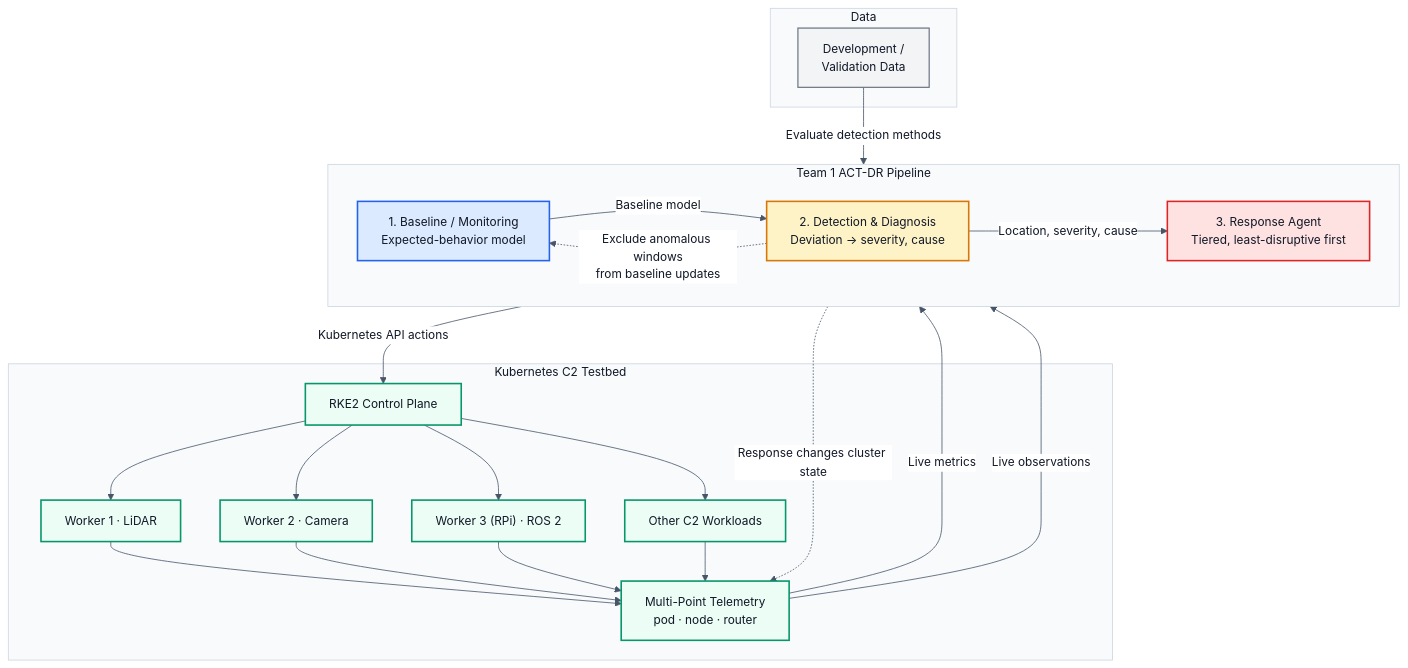
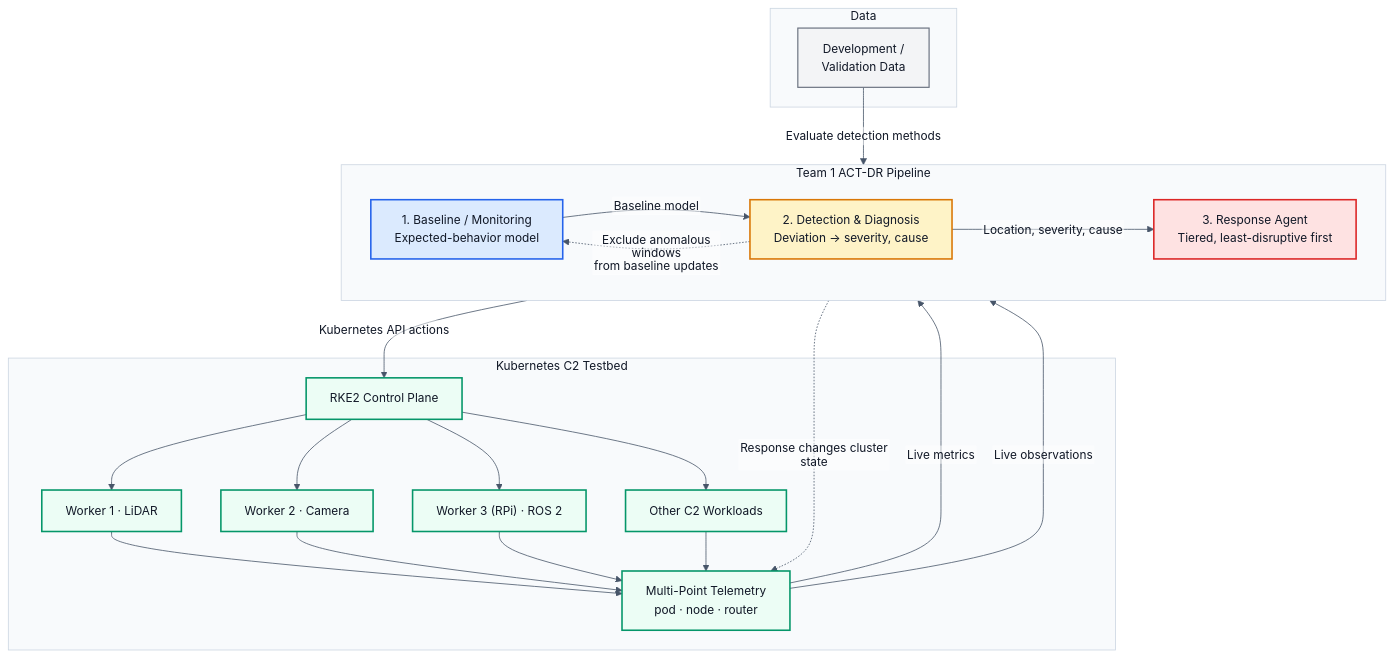
One commit to COStmau/RTCT1 changed the diagram in docs/act-dr-architecture.md. Above: the diagram before and after it, drawn with Mermaid. The commit also changed other lines of this file and 2 other files, not shown here.

Commit message:
docs: fix clipped subgraph titles and restore inline preview
Root cause: fontFamily contained hyphens (-apple-system, ... , sans-serif),
and Mermaid's directive sanitizer only permits [\d "#%(),.;A-Za-z] in
themeVariables values, so the whole stack was stripped and labels fell
back to the SVG default serif. Mermaid then measured the subgraph titles
in serif but viewers painted them in their own sans font, so the wider
text was cut off by the foreignObject box ('Pipeline' losing its final e).

- fontFamily -> 'Helvetica, Arial' (hyphen-free, so it survives the
  sanitizer and actually applies; verified in the generated CSS)
- htmlLabels:false so subgraph titles render as SVG <text>, which has no
  clipping container and cannot cut a glyph in any viewer font
- export: self-close void HTML tags (<br>) and emit a single xmlns, so the
  SVG is well-formed XML for Word/Illustrator instead of only browsers
- restore the inline PNG preview
- figure is now 1505x913 (1.65:1), still landscape; 0/39 labels below
  WCAG AA in either light or dark

````diff
--- a/docs/act-dr-architecture.md
+++ b/docs/act-dr-architecture.md
@@ -1,48 +3,48 @@
 ```mermaid
-%%{init: {"theme": "base", "themeVariables": {"fontFamily": "-apple-system,BlinkMacSystemFont,Segoe UI,Helvetica,Arial,sans-serif", "fontSize": "15px", "primaryTextColor": "#111827", "secondaryTextColor": "#111827", "tertiaryTextColor": "#111827", "lineColor": "#475569", "edgeLabelBackground": "#ffffff", "clusterBkg": "#f8fafc", "clusterBorder": "#cbd5e1"}}}%%
+%%{init: {"theme": "base", "flowchart": {"htmlLabels": false}, "themeVariables": {"fontFamily": "Helvetica, Arial", "fontSize": "15px", "primaryTextColor": "#111827", "secondaryTextColor": "#111827", "tertiaryTextColor": "#111827", "lineColor": "#475569", "edgeLabelBackground": "#ffffff", "clusterBkg": "#f8fafc", "clusterBorder": "#cbd5e1"}}}%%
 flowchart TB
 
     subgraph PIPE["Team 1 ACT-DR Pipeline"]
         direction LR
         B["1. Baseline / Monitoring<br/>Expected-behavior model"]
         DD["2. Detection &amp; Diagnosis<br/>Deviation → severity, cause"]
         R["3. Response Agent<br/>Tiered, least-disruptive first"]
         B -->|"Baseline model"| DD
         DD -->|"Location, severity, cause"| R
     end
 
     subgraph K8S["Kubernetes C2 Testbed"]
         CP["RKE2 Control Plane"]
         W1["Worker 1 · LiDAR"]
         W2["Worker 2 · Camera"]
         W3["Worker 3 (RPi) · ROS 2"]
         OT["Other C2 Workloads"]
         TEL["Multi-Point Telemetry<br/>pod · node · router"]
 
         CP --> W1 & W2 & W3 & OT
         W1 & W2 & W3 & OT --> TEL
     end
 
     subgraph DATA["Data"]
         D1["Development /<br/>Validation Data"]
     end
 
     D1 -->|"Evaluate detection methods"| DD
     TEL -->|"Live metrics"| B
     TEL -->|"Live observations"| DD
     R -->|"Kubernetes API actions"| CP
     R -.->|"Response changes cluster state"| TEL
     DD -.->|"Exclude anomalous windows<br/>from baseline updates"| B
 
     classDef baseline fill:#dbeafe,stroke:#2563eb,color:#111827,stroke-width:2px;
     classDef detection fill:#fef3c7,stroke:#d97706,color:#111827,stroke-width:2px;
     classDef response fill:#fee2e2,stroke:#dc2626,color:#111827,stroke-width:2px;
     classDef k8snode fill:#ecfdf5,stroke:#059669,color:#111827,stroke-width:2px;
     classDef data fill:#f3f4f6,stroke:#6b7280,color:#111827,stroke-width:1.5px;
 
     class B baseline;
     class DD detection;
     class R response;
     class CP,W1,W2,W3,OT,TEL k8snode;
     class D1 data;
 ```
````
